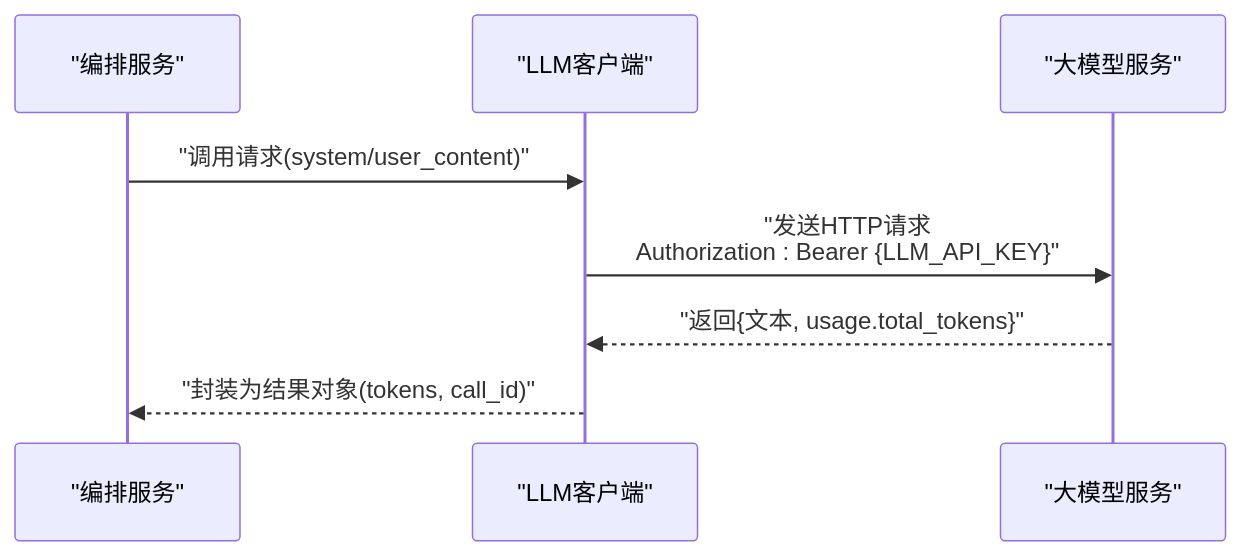
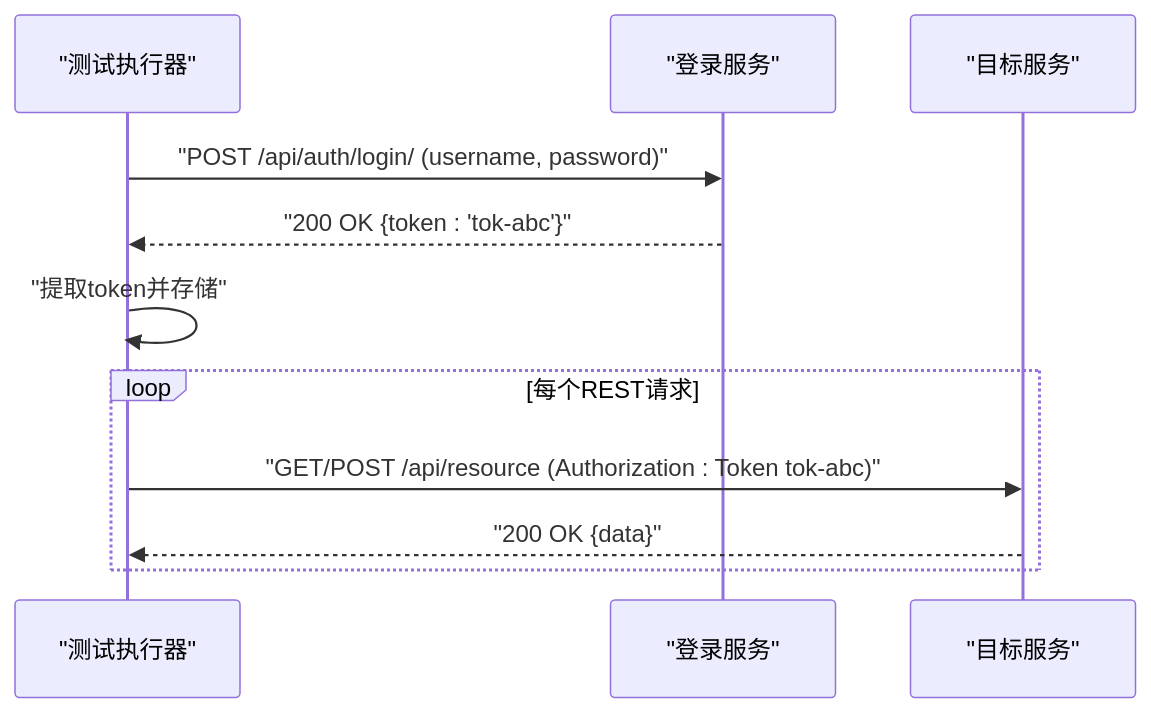
The sixth of 10 diagrams in .qoder/repowiki/zh/content/API参考文档/认证授权.md (Joeyzheng001/LLM-AutoTest), drawn with Mermaid before and after one commit. The commit also changed other lines of this file and 94 other files, not shown here.

````diff
--- a/.qoder/repowiki/zh/content/API参考文档/认证授权.md
+++ b/.qoder/repowiki/zh/content/API参考文档/认证授权.md
@@ -143,10 +270,13 @@
 ```mermaid
 sequenceDiagram
-participant Orchestrator as "编排服务"
-participant LLMClient as "LLM客户端"
-participant LLM as "大模型服务"
-Orchestrator->>LLMClient : "调用请求(system/user_content)"
-LLMClient->>LLM : "发送HTTP请求<br/>Authorization : Bearer {LLM_API_KEY}"
-LLM-->>LLMClient : "返回{文本, usage.total_tokens}"
-LLMClient-->>Orchestrator : "封装为结果对象(tokens, call_id)"
+participant Runner as "测试执行器"
+participant LoginSvc as "登录服务"
+participant TargetSvc as "目标服务"
+Runner->>LoginSvc : "POST /api/auth/login/ (username, password)"
+LoginSvc-->>Runner : "200 OK {token : 'tok-abc'}"
+Runner->>Runner : "提取token并存储"
+loop 每个REST请求
+Runner->>TargetSvc : "GET/POST /api/resource (Authorization : Token tok-abc)"
+TargetSvc-->>Runner : "200 OK {data}"
+end
 ```
````
